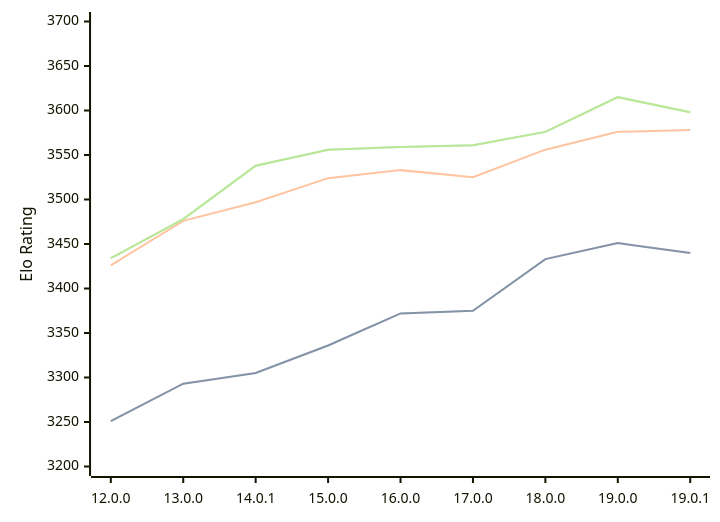
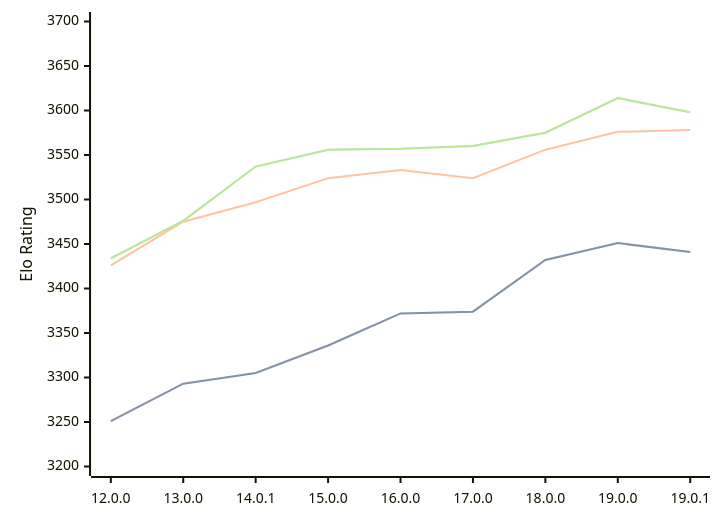
Before and after one commit to computer-chess-index/cci: the diagram in engines/Viridithas.md, drawn with Mermaid. The commit also changed other lines of this file, not shown here.

Commit message:
Update CCI Ratings (ELO VLTC) - 2026-02-28

````diff
--- a/engines/Viridithas.md
+++ b/engines/Viridithas.md
@@ -61,11 +61,11 @@
 ```mermaid
 %%{init: {"theme":"base","themeVariables":{"seriesColors:['#a3a3a3','#222221','#faa371']}}}%%
 xychart-beta
   x-axis ["12.0.0", "13.0.0", "14.0.1", "15.0.0", "16.0.0", "17.0.0", "18.0.0", "19.0.0", "19.0.1"]
   y-axis "Elo Rating" 3200 --> 3700
-  line "STC (8.0+0.08s)" [3251, 3293, 3305, 3336, 3372, 3375, 3433, 3451, 3440]
-  line "STC (8.0+0.08s)" [3251, 3293, 3305, 3336, 3372, 3375, 3433, 3451, 3440]
-  line "LTC (60.0+0.60s)" [3426, 3476, 3497, 3524, 3533, 3525, 3556, 3576, 3578]
-  line "VLTC (2m24s+1.12s)" [3434, 3478, 3538, 3556, 3559, 3561, 3576, 3615, 3598]
-  line "VLTC (2m24s+1.12s)" [3434, 3478, 3538, 3556, 3559, 3561, 3576, 3615, 3598]
+  line "STC (8.0+0.08s)" [3251, 3293, 3305, 3336, 3372, 3374, 3432, 3451, 3441]
+  line "STC (8.0+0.08s)" [3251, 3293, 3305, 3336, 3372, 3374, 3432, 3451, 3441]
+  line "LTC (60.0+0.60s)" [3426, 3475, 3497, 3524, 3533, 3524, 3556, 3576, 3578]
+  line "VLTC (2m24s+1.12s)" [3434, 3476, 3537, 3556, 3557, 3560, 3575, 3614, 3598]
+  line "VLTC (2m24s+1.12s)" [3434, 3476, 3537, 3556, 3557, 3560, 3575, 3614, 3598]
 ```
````
